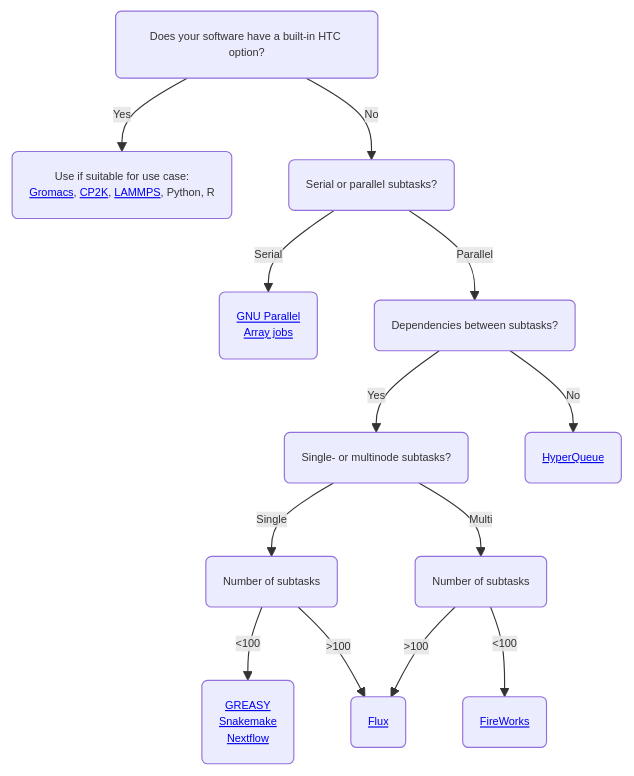
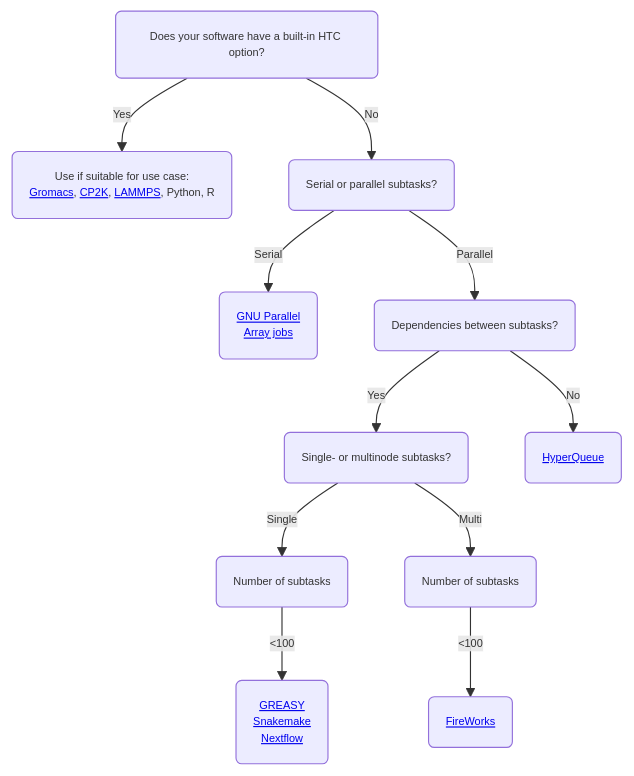
The first of 2 diagrams in docs/computing/running/throughput.md (CSCfi/csc-user-guide), drawn with Mermaid before and after one commit. The commit also changed other lines of this file, not shown here.

Commit message:
Remove flux, greasy

````diff
--- a/docs/computing/running/throughput.md
+++ b/docs/computing/running/throughput.md
@@ -50,16 +50,14 @@
 ```mermaid
 %%{init: {'theme': 'default', 'themeVariables': { 'fontSize': '0.6rem'}}}%%
 graph TD
     C(Does your software have a built-in HTC option?) -->|Yes| D("Use if suitable for use case:<br><a href='/apps/gromacs/#high-throughput-computing-with-gromacs'>Gromacs</a>, <a href='/apps/cp2k/#high-throughput-computing-with-gromacs'>CP2K</a>, <a href='/apps/lammps/#high-throughput-computing-with-gromacs'>LAMMPS</a>, Python, R ")
     C -->|No| E(Serial or parallel subtasks?)
     E -->|Serial| F(<a href='/support/tutorials/many/'>GNU Parallel</a><br><a href='/computing/running/array-jobs/'>Array jobs</a>)
     E -->|Parallel| G(Dependencies between subtasks?)
     G -->|Yes| H(Single- or multinode subtasks?)
     G -->|No| I(<a href='https://it4innovations.github.io/hyperqueue/stable/'>HyperQueue</a>)
     H -->|Single| J(Number of subtasks)
     H -->|Multi| K(Number of subtasks)
     J -->|<100| M(<a href='/computing/running/greasy/'>GREASY</a><br><a href='https://snakemake.readthedocs.io/en/stable/'>Snakemake</a><br><a href='/support/tutorials/nextflow-puhti/'>Nextflow</a>)
     K -->|<100| O(<a href='/computing/running/fireworks/'>FireWorks</a>)
-    J -->|>100| L(<a href='http://flux-framework.org/'>Flux</a>)
-    K -->|>100| L
 ```
````
